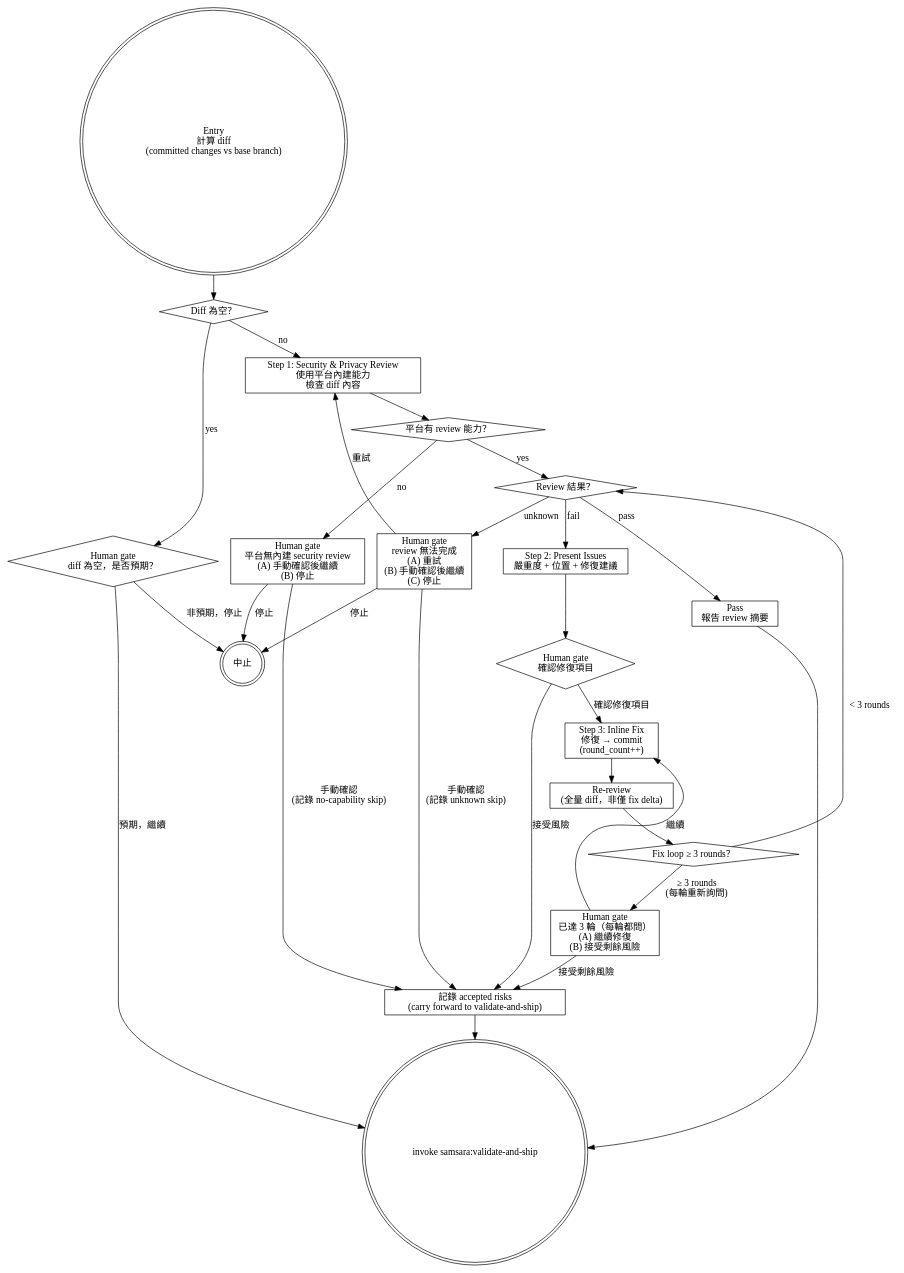
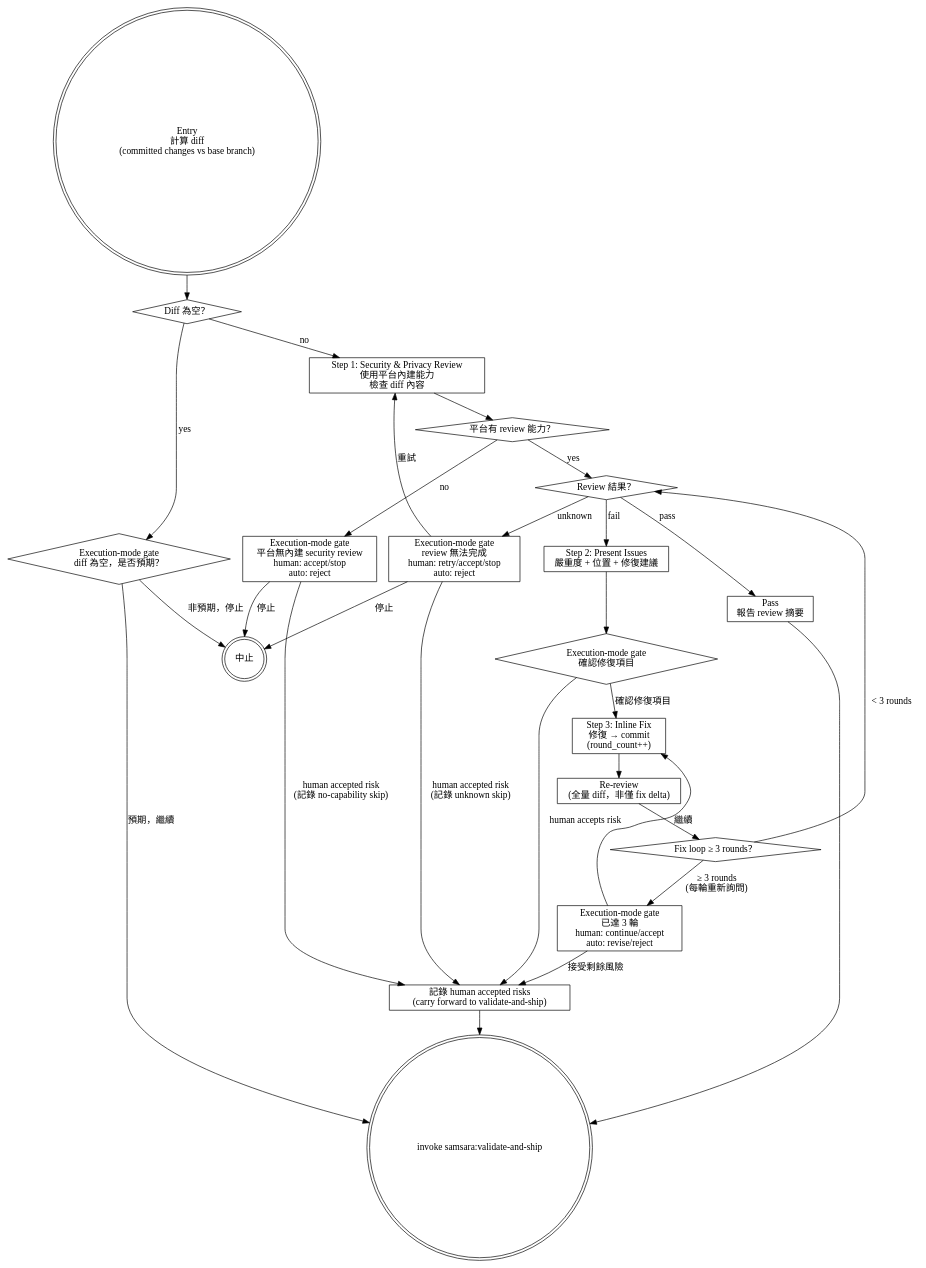
Before and after one commit to roymondliao/samsara: the diagram in skills/security-privacy-review/SKILL.md, drawn with Graphviz. The commit also changed other lines of this file and 66 other files, not shown here.

````diff
--- a/skills/security-privacy-review/SKILL.md
+++ b/skills/security-privacy-review/SKILL.md
@@ -19,52 +19,52 @@
 ```dot
 digraph security_privacy_review {
     node [shape=box];
 
     start [label="Entry\n計算 diff\n(committed changes vs base branch)" shape=doublecircle];
     empty_check [label="Diff 為空？" shape=diamond];
-    empty_gate [label="Human gate\ndiff 為空，是否預期？" shape=diamond];
+    empty_gate [label="Execution-mode gate\ndiff 為空，是否預期？" shape=diamond];
     review [label="Step 1: Security & Privacy Review\n使用平台內建能力\n檢查 diff 內容"];
     capability_check [label="平台有 review 能力？" shape=diamond];
-    no_capability [label="Human gate\n平台無內建 security review\n(A) 手動確認後繼續\n(B) 停止"];
+    no_capability [label="Execution-mode gate\n平台無內建 security review\nhuman: accept/stop\nauto: reject"];
     result [label="Review 結果？" shape=diamond];
     pass [label="Pass\n報告 review 摘要"];
-    unknown [label="Human gate\nreview 無法完成\n(A) 重試\n(B) 手動確認後繼續\n(C) 停止"];
+    unknown [label="Execution-mode gate\nreview 無法完成\nhuman: retry/accept/stop\nauto: reject"];
     fail [label="Step 2: Present Issues\n嚴重度 + 位置 + 修復建議"];
-    human_gate [label="Human gate\n確認修復項目" shape=diamond];
+    issue_gate [label="Execution-mode gate\n確認修復項目" shape=diamond];
     fix [label="Step 3: Inline Fix\n修復 → commit\n(round_count++)"];
     re_review [label="Re-review\n(全量 diff，非僅 fix delta)"];
     safety [label="Fix loop ≥ 3 rounds？" shape=diamond];
-    safety_gate [label="Human gate\n已達 3 輪（每輪都問）\n(A) 繼續修復\n(B) 接受剩餘風險"];
-    accept_risk [label="記錄 accepted risks\n(carry forward to validate-and-ship)"];
+    safety_gate [label="Execution-mode gate\n已達 3 輪\nhuman: continue/accept\nauto: revise/reject"];
+    accept_risk [label="記錄 human accepted risks\n(carry forward to validate-and-ship)"];
     transition [label="invoke samsara:validate-and-ship" shape=doublecircle];
     abort [label="中止" shape=doublecircle];
 
     start -> empty_check;
     empty_check -> empty_gate [label="yes"];
     empty_check -> review [label="no"];
     empty_gate -> transition [label="預期，繼續"];
     empty_gate -> abort [label="非預期，停止"];
     review -> capability_check;
     capability_check -> result [label="yes"];
     capability_check -> no_capability [label="no"];
-    no_capability -> accept_risk [label="手動確認\n(記錄 no-capability skip)"];
+    no_capability -> accept_risk [label="human accepted risk\n(記錄 no-capability skip)"];
     no_capability -> abort [label="停止"];
     result -> pass [label="pass"];
     result -> unknown [label="unknown"];
     result -> fail [label="fail"];
     pass -> transition;
     unknown -> review [label="重試"];
-    unknown -> accept_risk [label="手動確認\n(記錄 unknown skip)"];
+    unknown -> accept_risk [label="human accepted risk\n(記錄 unknown skip)"];
     unknown -> abort [label="停止"];
-    fail -> human_gate;
-    human_gate -> fix [label="確認修復項目"];
-    human_gate -> accept_risk [label="接受風險"];
+    fail -> issue_gate;
+    issue_gate -> fix [label="確認修復項目"];
+    issue_gate -> accept_risk [label="human accepts risk"];
     fix -> re_review;
     re_review -> safety;
     safety -> result [label="< 3 rounds"];
     safety -> safety_gate [label="≥ 3 rounds\n(每輪重新詢問)"];
     safety_gate -> fix [label="繼續"];
     safety_gate -> accept_risk [label="接受剩餘風險"];
     accept_risk -> transition;
 }
 ```
````
